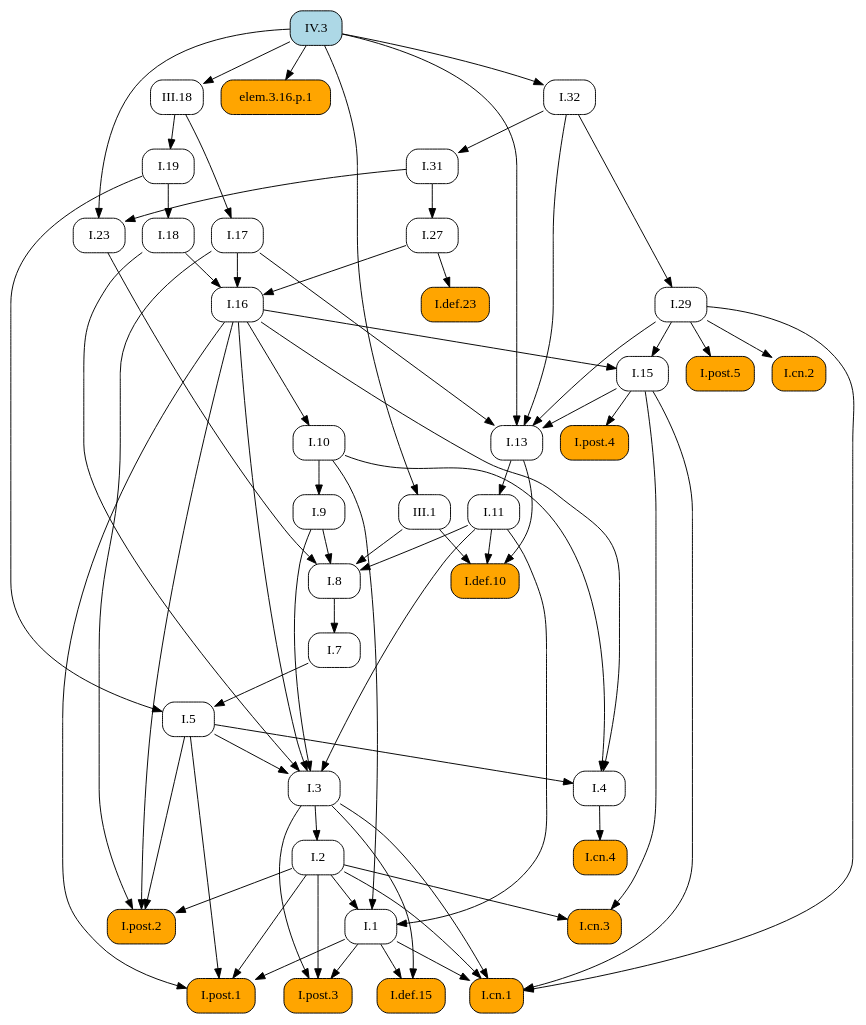
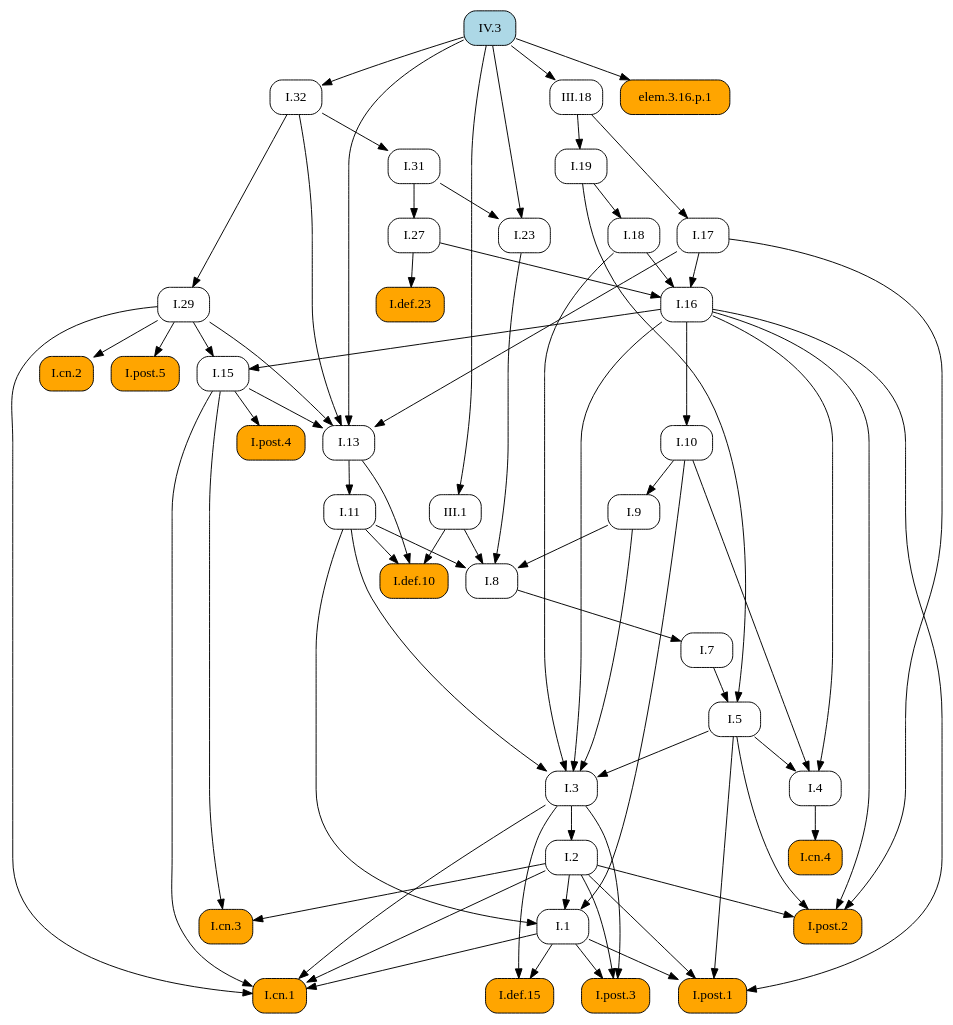
One commit to geometor/elements changed the diagram in docsrc/heath/IV/3/index.rst. Above: the diagram before and after it, drawn with Graphviz. The commit also changed other lines of this file and 1029 other files, not shown here.

```diff
--- a/docsrc/heath/IV/3/index.rst
+++ b/docsrc/heath/IV/3/index.rst
@@ -64,113 +64,113 @@
    digraph {
      rankdir="TB";
      node [shape=box, style=rounded];
+     "I.def.10" [style="rounded,filled", fillcolor=orange, URL="/heath/I/def.10/", target="_top"];
+     "I.11" [URL="/heath/I/11/", target="_top"];
+     "I.post.4" [style="rounded,filled", fillcolor=orange, URL="/heath/I/post.4/", target="_top"];
+     "I.1" [URL="/heath/I/1/", target="_top"];
+     "I.29" [URL="/heath/I/29/", target="_top"];
+     "I.cn.2" [style="rounded,filled", fillcolor=orange, URL="/heath/I/cn.2/", target="_top"];
+     "I.18" [URL="/heath/I/18/", target="_top"];
+     "I.def.15" [style="rounded,filled", fillcolor=orange, URL="/heath/I/def.15/", target="_top"];
+     "I.post.3" [style="rounded,filled", fillcolor=orange, URL="/heath/I/post.3/", target="_top"];
+     "I.cn.1" [style="rounded,filled", fillcolor=orange, URL="/heath/I/cn.1/", target="_top"];
      "I.cn.3" [style="rounded,filled", fillcolor=orange, URL="/heath/I/cn.3/", target="_top"];
-     "I.29" [URL="/heath/I/29/", target="_top"];
+     "I.23" [URL="/heath/I/23/", target="_top"];
+     "elem.3.16.p.1" [style="rounded,filled", fillcolor=orange];
+     "I.post.1" [style="rounded,filled", fillcolor=orange, URL="/heath/I/post.1/", target="_top"];
+     "I.27" [URL="/heath/I/27/", target="_top"];
+     "IV.3" [style="rounded,filled", fillcolor=lightblue, URL="/heath/IV/3/", target="_top"];
      "I.7" [URL="/heath/I/7/", target="_top"];
-     "I.27" [URL="/heath/I/27/", target="_top"];
+     "I.3" [URL="/heath/I/3/", target="_top"];
+     "I.2" [URL="/heath/I/2/", target="_top"];
      "I.def.23" [style="rounded,filled", fillcolor=orange, URL="/heath/I/def.23/", target="_top"];
-     "I.8" [URL="/heath/I/8/", target="_top"];
+     "I.4" [URL="/heath/I/4/", target="_top"];
+     "I.13" [URL="/heath/I/13/", target="_top"];
+     "I.17" [URL="/heath/I/17/", target="_top"];
+     "I.31" [URL="/heath/I/31/", target="_top"];
+     "I.post.2" [style="rounded,filled", fillcolor=orange, URL="/heath/I/post.2/", target="_top"];
+     "I.16" [URL="/heath/I/16/", target="_top"];
+     "I.19" [URL="/heath/I/19/", target="_top"];
      "I.9" [URL="/heath/I/9/", target="_top"];
      "III.1" [URL="/heath/III/1/", target="_top"];
-     "I.post.4" [style="rounded,filled", fillcolor=orange, URL="/heath/I/post.4/", target="_top"];
-     "I.2" [URL="/heath/I/2/", target="_top"];
-     "I.def.15" [style="rounded,filled", fillcolor=orange, URL="/heath/I/def.15/", target="_top"];
-     "I.1" [URL="/heath/I/1/", target="_top"];
-     "I.post.1" [style="rounded,filled", fillcolor=orange, URL="/heath/I/post.1/", target="_top"];
+     "I.32" [URL="/heath/I/32/", target="_top"];
+     "I.8" [URL="/heath/I/8/", target="_top"];
+     "I.cn.4" [style="rounded,filled", fillcolor=orange, URL="/heath/I/cn.4/", target="_top"];
+     "I.15" [URL="/heath/I/15/", target="_top"];
+     "I.post.5" [style="rounded,filled", fillcolor=orange, URL="/heath/I/post.5/", target="_top"];
+     "I.10" [URL="/heath/I/10/", target="_top"];
      "III.18" [URL="/heath/III/18/", target="_top"];
-     "I.cn.4" [style="rounded,filled", fillcolor=orange, URL="/heath/I/cn.4/", target="_top"];
-     "I.19" [URL="/heath/I/19/", target="_top"];
-     "IV.3" [style="rounded,filled", fillcolor=lightblue, URL="/heath/IV/3/", target="_top"];
-     "elem.3.16.p.1" [style="rounded,filled", fillcolor=orange];
-     "I.23" [URL="/heath/I/23/", target="_top"];
-     "I.13" [URL="/heath/I/13/", target="_top"];
-     "I.cn.2" [style="rounded,filled", fillcolor=orange, URL="/heath/I/cn.2/", target="_top"];
      "I.5" [URL="/heath/I/5/", target="_top"];
-     "I.11" [URL="/heath/I/11/", target="_top"];
-     "I.10" [URL="/heath/I/10/", target="_top"];
-     "I.4" [URL="/heath/I/4/", target="_top"];
-     "I.3" [URL="/heath/I/3/", target="_top"];
-     "I.16" [URL="/heath/I/16/", target="_top"];
-     "I.31" [URL="/heath/I/31/", target="_top"];
-     "I.def.10" [style="rounded,filled", fillcolor=orange, URL="/heath/I/def.10/", target="_top"];
-     "I.post.2" [style="rounded,filled", fillcolor=orange, URL="/heath/I/post.2/", target="_top"];
-     "I.post.3" [style="rounded,filled", fillcolor=orange, URL="/heath/I/post.3/", target="_top"];
-     "I.post.5" [style="rounded,filled", fillcolor=orange, URL="/heath/I/post.5/", target="_top"];
-     "I.15" [URL="/heath/I/15/", target="_top"];
-     "I.17" [URL="/heath/I/17/", target="_top"];
-     "I.cn.1" [style="rounded,filled", fillcolor=orange, URL="/heath/I/cn.1/", target="_top"];
-     "I.32" [URL="/heath/I/32/", target="_top"];
-     "I.18" [URL="/heath/I/18/", target="_top"];
-     "I.2" -> "I.cn.3";
-     "I.15" -> "I.cn.3";
-     "I.32" -> "I.29";
-     "I.8" -> "I.7";
-     "I.31" -> "I.27";
-     "I.27" -> "I.def.23";
-     "I.9" -> "I.8";
-     "I.11" -> "I.8";
-     "I.23" -> "I.8";
-     "III.1" -> "I.8";
-     "I.10" -> "I.9";
-     "IV.3" -> "III.1";
+     "I.11" -> "I.def.10";
+     "I.13" -> "I.def.10";
+     "III.1" -> "I.def.10";
+     "I.13" -> "I.11";
      "I.15" -> "I.post.4";
-     "I.3" -> "I.2";
-     "I.1" -> "I.def.15";
-     "I.3" -> "I.def.15";
      "I.2" -> "I.1";
      "I.10" -> "I.1";
      "I.11" -> "I.1";
+     "I.32" -> "I.29";
+     "I.29" -> "I.cn.2";
+     "I.19" -> "I.18";
+     "I.1" -> "I.def.15";
+     "I.3" -> "I.def.15";
+     "I.1" -> "I.post.3";
+     "I.2" -> "I.post.3";
+     "I.3" -> "I.post.3";
+     "I.1" -> "I.cn.1";
+     "I.2" -> "I.cn.1";
+     "I.3" -> "I.cn.1";
+     "I.15" -> "I.cn.1";
+     "I.29" -> "I.cn.1";
+     "I.2" -> "I.cn.3";
+     "I.15" -> "I.cn.3";
+     "I.31" -> "I.23";
+     "IV.3" -> "I.23";
+     "IV.3" -> "elem.3.16.p.1";
      "I.1" -> "I.post.1";
      "I.2" -> "I.post.1";
      "I.5" -> "I.post.1";
      "I.16" -> "I.post.1";
-     "IV.3" -> "III.18";
-     "I.4" -> "I.cn.4";
-     "III.18" -> "I.19";
-     "IV.3" -> "elem.3.16.p.1";
-     "I.31" -> "I.23";
-     "IV.3" -> "I.23";
+     "I.31" -> "I.27";
+     "I.8" -> "I.7";
+     "I.5" -> "I.3";
+     "I.9" -> "I.3";
+     "I.11" -> "I.3";
+     "I.16" -> "I.3";
+     "I.18" -> "I.3";
+     "I.3" -> "I.2";
+     "I.27" -> "I.def.23";
+     "I.5" -> "I.4";
+     "I.10" -> "I.4";
+     "I.16" -> "I.4";
      "I.15" -> "I.13";
      "I.17" -> "I.13";
      "I.29" -> "I.13";
      "I.32" -> "I.13";
      "IV.3" -> "I.13";
-     "I.29" -> "I.cn.2";
-     "I.7" -> "I.5";
-     "I.19" -> "I.5";
-     "I.13" -> "I.11";
-     "I.16" -> "I.10";
-     "I.5" -> "I.4";
-     "I.10" -> "I.4";
-     "I.16" -> "I.4";
-     "I.5" -> "I.3";
-     "I.9" -> "I.3";
-     "I.11" -> "I.3";
-     "I.16" -> "I.3";
-     "I.18" -> "I.3";
-     "I.17" -> "I.16";
-     "I.18" -> "I.16";
-     "I.27" -> "I.16";
+     "III.18" -> "I.17";
      "I.32" -> "I.31";
-     "I.11" -> "I.def.10";
-     "I.13" -> "I.def.10";
-     "III.1" -> "I.def.10";
      "I.2" -> "I.post.2";
      "I.5" -> "I.post.2";
      "I.16" -> "I.post.2";
      "I.17" -> "I.post.2";
-     "I.1" -> "I.post.3";
-     "I.2" -> "I.post.3";
-     "I.3" -> "I.post.3";
-     "I.29" -> "I.post.5";
+     "I.17" -> "I.16";
+     "I.18" -> "I.16";
+     "I.27" -> "I.16";
+     "III.18" -> "I.19";
+     "I.10" -> "I.9";
+     "IV.3" -> "III.1";
+     "IV.3" -> "I.32";
+     "I.9" -> "I.8";
+     "I.11" -> "I.8";
+     "I.23" -> "I.8";
+     "III.1" -> "I.8";
+     "I.4" -> "I.cn.4";
      "I.16" -> "I.15";
      "I.29" -> "I.15";
-     "III.18" -> "I.17";
-     "I.1" -> "I.cn.1";
-     "I.2" -> "I.cn.1";
-     "I.3" -> "I.cn.1";
-     "I.15" -> "I.cn.1";
-     "I.29" -> "I.cn.1";
-     "IV.3" -> "I.32";
-     "I.19" -> "I.18";
+     "I.29" -> "I.post.5";
+     "I.16" -> "I.10";
+     "IV.3" -> "III.18";
+     "I.7" -> "I.5";
+     "I.19" -> "I.5";
    }
```
